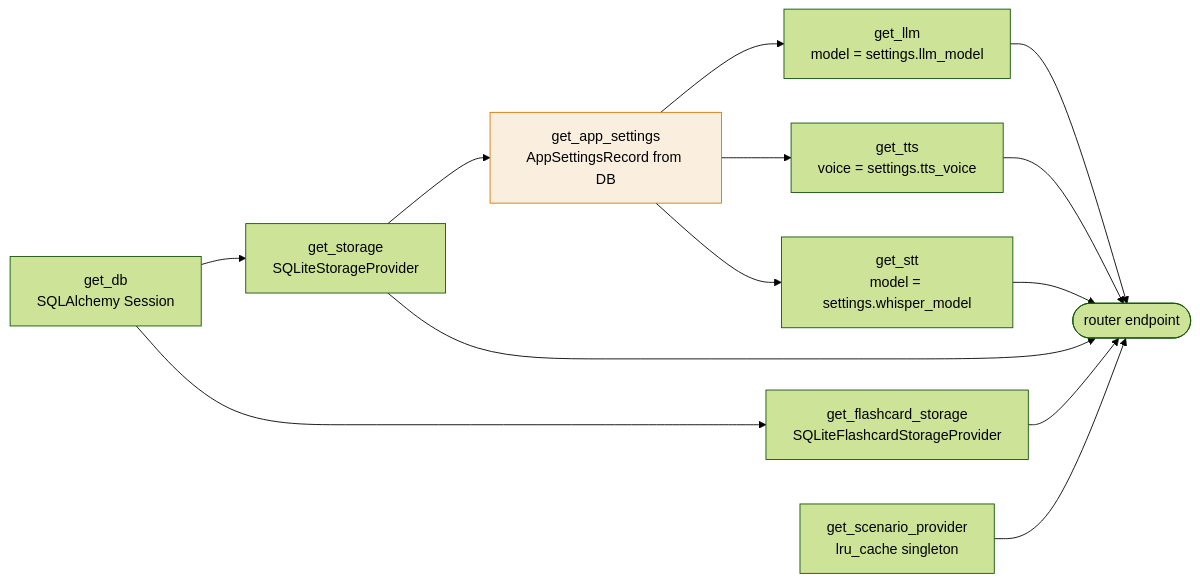
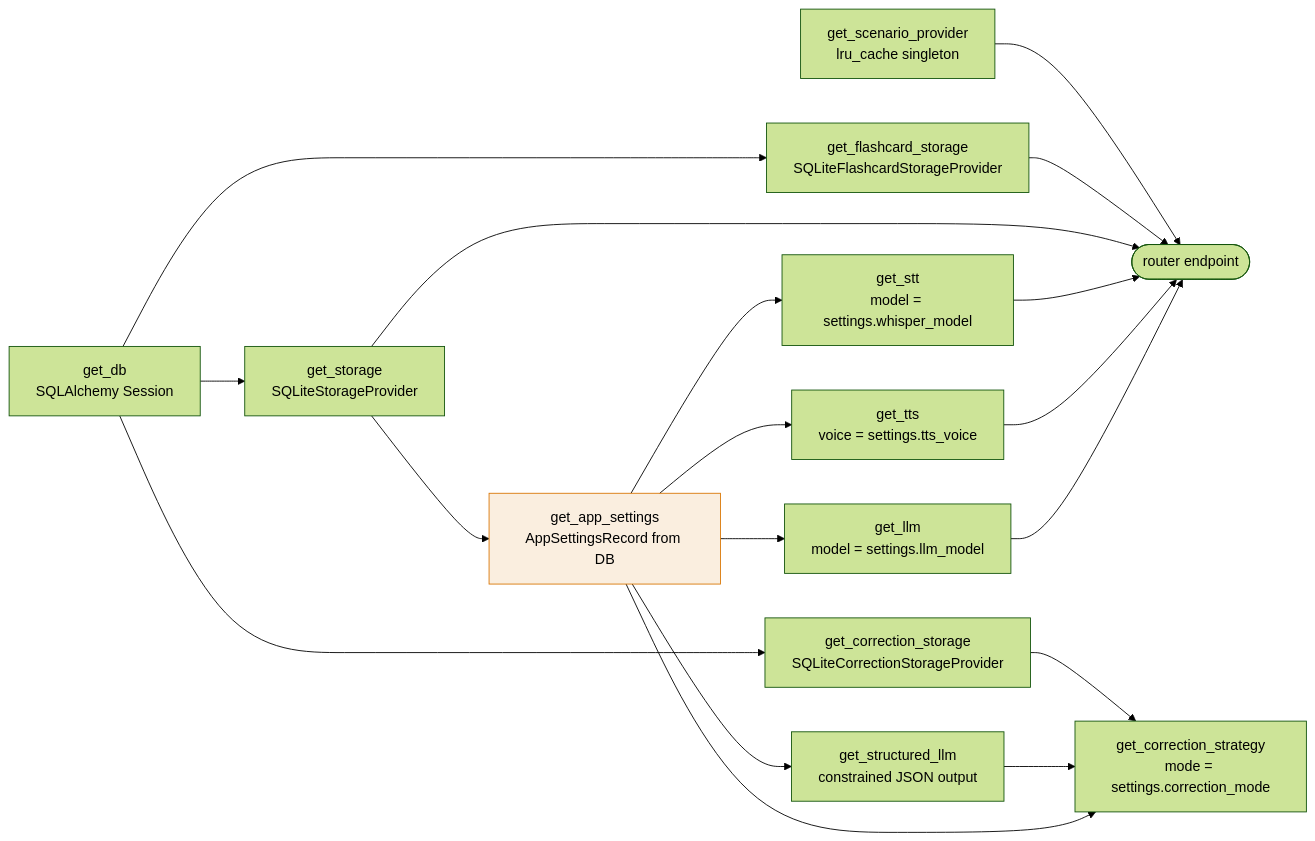
Before and after one commit to Scott123180/open-language: the fourth of 13 diagrams in docs/architecture.md, drawn with Mermaid (forest theme). The commit also changed other lines of this file and 101 other files, not shown here.

````diff
--- a/docs/architecture.md
+++ b/docs/architecture.md
@@ -252,19 +261,24 @@
 ```mermaid
 flowchart LR
     DB["get_db<br/>SQLAlchemy Session"] --> ST["get_storage<br/>SQLiteStorageProvider"]
     DB --> FST["get_flashcard_storage<br/>SQLiteFlashcardStorageProvider"]
+    DB --> CST["get_correction_storage<br/>SQLiteCorrectionStorageProvider"]
     ST --> AS["get_app_settings<br/>AppSettingsRecord from DB"]
     AS --> LLM["get_llm<br/>model = settings.llm_model"]
     AS --> TTS["get_tts<br/>voice = settings.tts_voice"]
     AS --> STT["get_stt<br/>model = settings.whisper_model"]
+    AS --> SLLM["get_structured_llm<br/>constrained JSON output"]
+    AS --> CS["get_correction_strategy<br/>mode = settings.correction_mode"]
+    SLLM --> CS
+    CST --> CS
     SC["get_scenario_provider<br/>lru_cache singleton"]
 
     LLM --> EP(["router endpoint"])
     TTS --> EP
     STT --> EP
     ST --> EP
     FST --> EP
     SC --> EP
 
     style AS fill:#d9770620,stroke:#d97706
 ```
````
